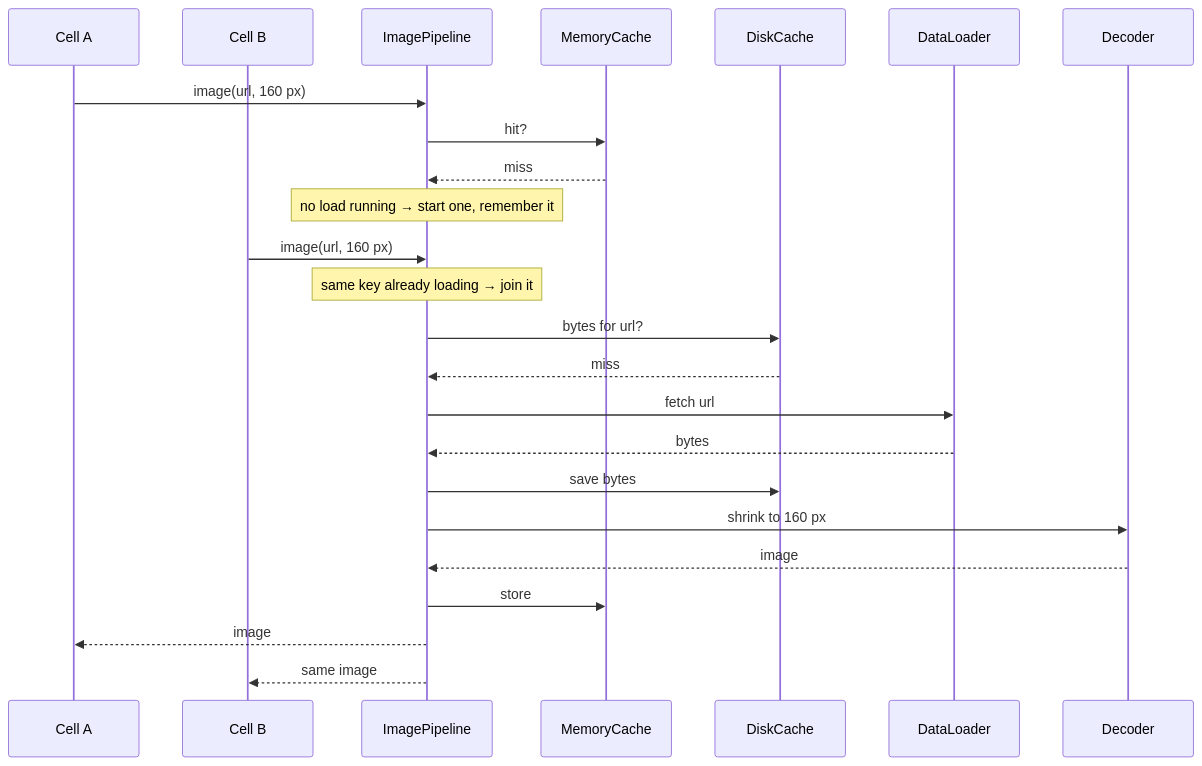
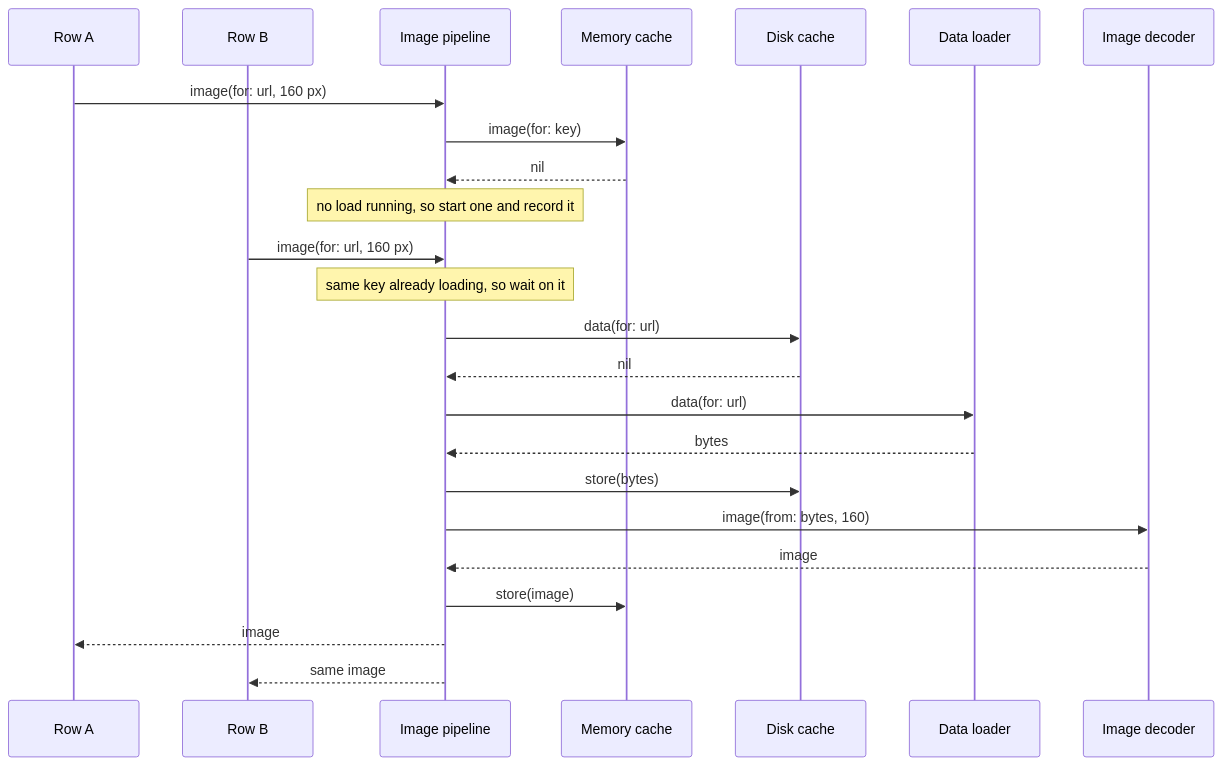
Before and after one commit to rezabina86/reference-desk: the second of 2 diagrams in topics/system-design/01-image-loading-and-caching-library.md, drawn with Mermaid. The commit also changed other lines of this file and 4 other files, not shown here.

````diff
--- a/topics/system-design/01-image-loading-and-caching-library.md
+++ b/topics/system-design/01-image-loading-and-caching-library.md
@@ -200,26 +313,26 @@
 ```mermaid
 sequenceDiagram
-  participant A as Cell A
-  participant B as Cell B
-  participant P as ImagePipeline
-  participant M as MemoryCache
-  participant D as DiskCache
-  participant L as DataLoader
-  participant X as Decoder
-  A->>P: image(url, 160 px)
-  P->>M: hit?
-  M-->>P: miss
-  Note over P: no load running → start one, remember it
-  B->>P: image(url, 160 px)
-  Note over P: same key already loading → join it
-  P->>D: bytes for url?
-  D-->>P: miss
-  P->>L: fetch url
+  participant A as Row A
+  participant B as Row B
+  participant P as Image pipeline
+  participant M as Memory cache
+  participant D as Disk cache
+  participant L as Data loader
+  participant X as Image decoder
+  A->>P: image(for: url, 160 px)
+  P->>M: image(for: key)
+  M-->>P: nil
+  Note over P: no load running, so start one and record it
+  B->>P: image(for: url, 160 px)
+  Note over P: same key already loading, so wait on it
+  P->>D: data(for: url)
+  D-->>P: nil
+  P->>L: data(for: url)
   L-->>P: bytes
-  P->>D: save bytes
-  P->>X: shrink to 160 px
+  P->>D: store(bytes)
+  P->>X: image(from: bytes, 160)
   X-->>P: image
-  P->>M: store
+  P->>M: store(image)
   P-->>A: image
   P-->>B: same image
 ```
````
